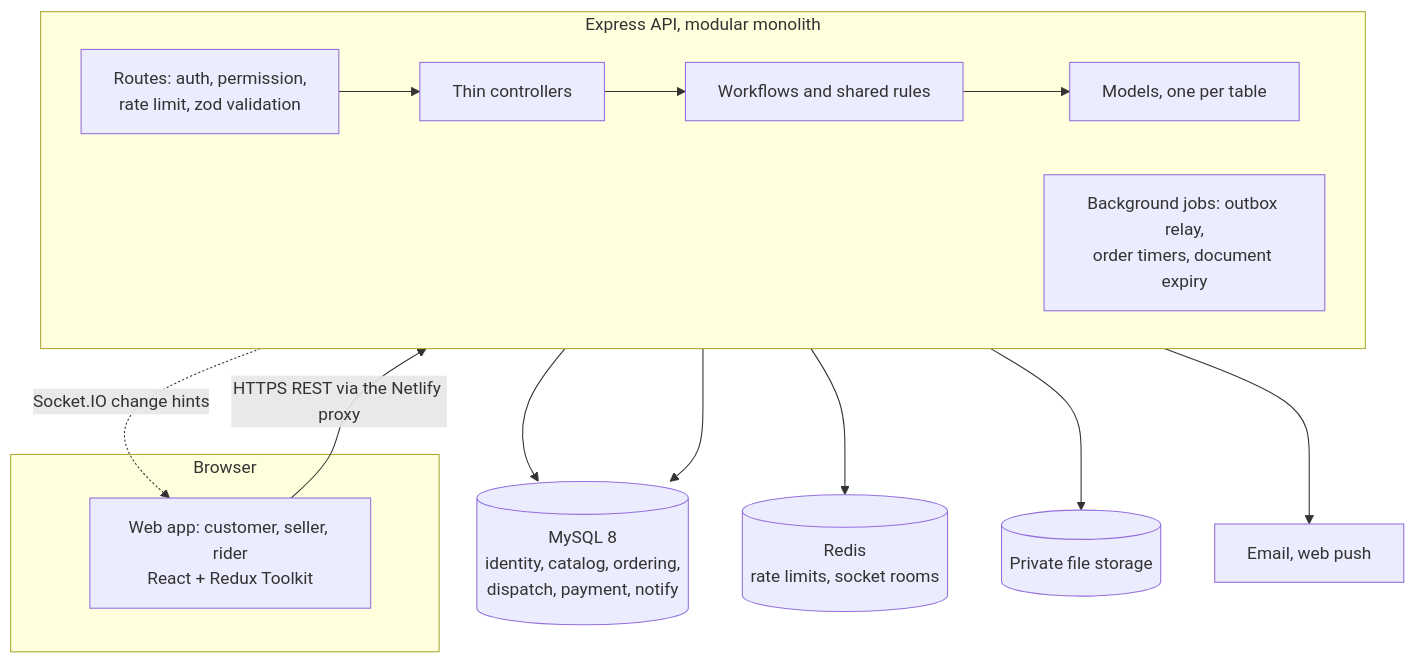
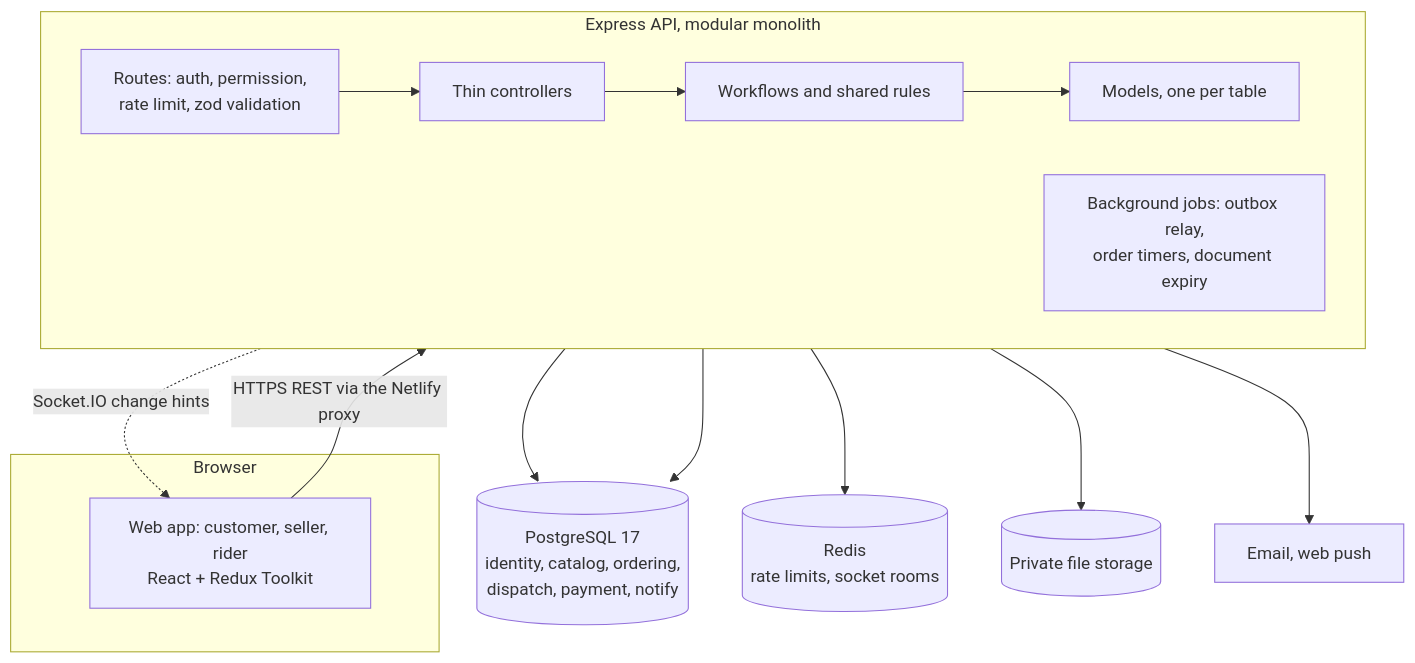
The diagram in README.md (Syama-202/SnackHub), drawn with Mermaid before and after one commit. The commit also changed other lines of this file and 130 other files, not shown here.

Commit message:
Move the database from MySQL to PostgreSQL 17

````diff
--- a/README.md
+++ b/README.md
@@ -98,22 +98,22 @@
 ```mermaid
 flowchart TB
   subgraph Browser
     WEB["Web app: customer, seller, rider<br/>React + Redux Toolkit"]
   end
   subgraph API["Express API, modular monolith"]
     direction LR
     R["Routes: auth, permission,<br/>rate limit, zod validation"] --> C["Thin controllers"] --> D["Workflows and shared rules"] --> M["Models, one per table"]
     J["Background jobs: outbox relay,<br/>order timers, document expiry"]
   end
-  DB[("MySQL 8<br/>identity, catalog, ordering,<br/>dispatch, payment, notify")]
+  DB[("PostgreSQL 17<br/>identity, catalog, ordering,<br/>dispatch, payment, notify")]
   RD[("Redis<br/>rate limits, socket rooms")]
   S3[("Private file storage")]
   EXT["Email, web push"]
   WEB -->|HTTPS REST via the Netlify proxy| R
   D -.->|Socket.IO change hints| WEB
   M --> DB
   J --> DB
   R --> RD
   D --> S3
   J --> EXT
 ```
````
